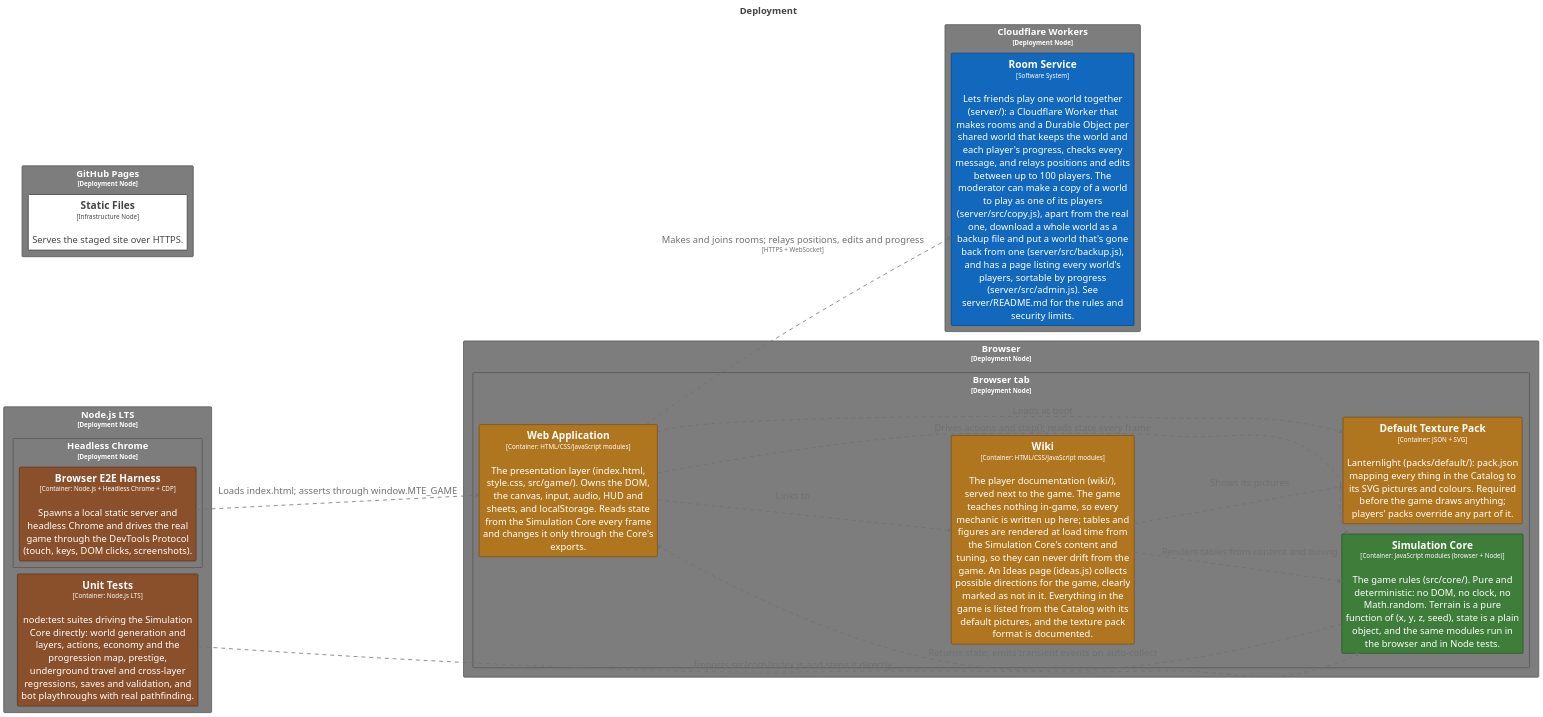
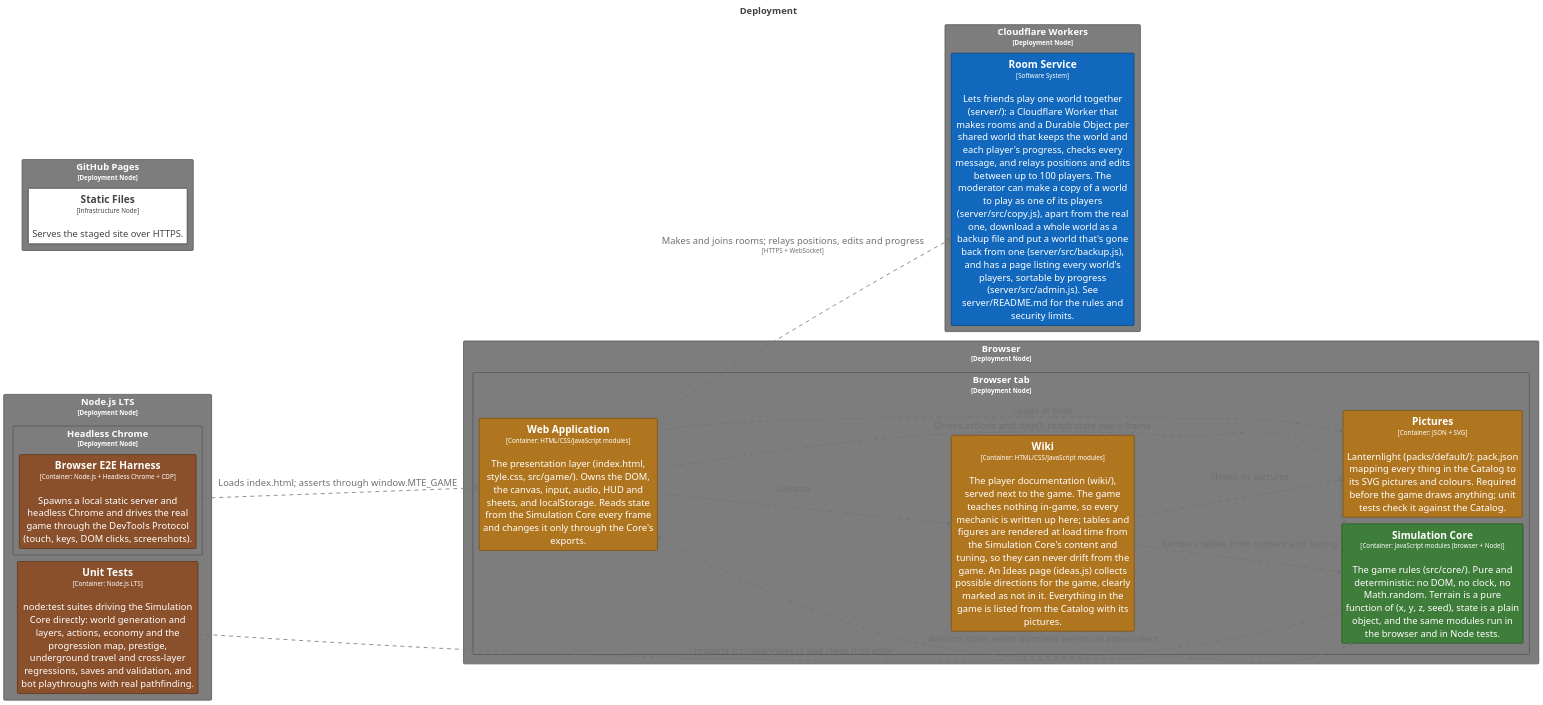
Before and after one commit to bitkojine/more-than-enough: the diagram in structurizr/diagrams/Deployment.puml, drawn with PlantUML. The commit also changed 46 other files, not shown here.

First line of the commit message:
Remove custom texture packs; the game keeps its one look (v0.164.0)

```diff
--- a/structurizr/diagrams/Deployment.puml
+++ b/structurizr/diagrams/Deployment.puml
@@ -2,133 +2,133 @@
 @startuml
 title <size:24>Deployment</size>
 
 set separator none
 left to right direction
 skinparam ranksep 20
 skinparam nodesep 5
 hide stereotype
 
 <style>
   root {
     BackgroundColor: #ffffff;
     FontColor: #444444;
   }
   // Element
   .Element-RWxlbWVudA== {
     BackgroundColor: #ffffff;
     LineColor: #444444;
     LineStyle: 0;
     LineThickness: 2;
     FontColor: #444444;
     FontSize: 24;
     HorizontalAlignment: center;
     Shadowing: 0;
     MaximumWidth: 450;
   }
   // Element,Container,Core Engine
   .Element-RWxlbWVudCxDb250YWluZXIsQ29yZSBFbmdpbmU= {
     BackgroundColor: #3f7d3a;
     LineColor: #2c5728;
     LineStyle: 0;
     LineThickness: 2;
     FontColor: #ffffff;
     FontSize: 24;
     HorizontalAlignment: center;
     Shadowing: 0;
     MaximumWidth: 450;
   }
   // Element,Container,Presentation
   .Element-RWxlbWVudCxDb250YWluZXIsUHJlc2VudGF0aW9u {
     BackgroundColor: #b0761f;
     LineColor: #7b5215;
     LineStyle: 0;
     LineThickness: 2;
     FontColor: #ffffff;
     FontSize: 24;
     HorizontalAlignment: center;
     Shadowing: 0;
     MaximumWidth: 450;
   }
   // Element,Container,Tooling,Test
   .Element-RWxlbWVudCxDb250YWluZXIsVG9vbGluZyxUZXN0 {
     BackgroundColor: #8a4f2b;
     LineColor: #60371e;
     LineStyle: 0;
     LineThickness: 2;
     FontColor: #ffffff;
     FontSize: 24;
     HorizontalAlignment: center;
     Shadowing: 0;
     MaximumWidth: 450;
   }
   // Element,Software System
   .Element-RWxlbWVudCxTb2Z0d2FyZSBTeXN0ZW0= {
     BackgroundColor: #1168bd;
     LineColor: #0b4884;
     LineStyle: 0;
     LineThickness: 2;
     FontColor: #ffffff;
     FontSize: 24;
     HorizontalAlignment: center;
     Shadowing: 0;
     MaximumWidth: 450;
   }
   // Relationship
   .Relationship-UmVsYXRpb25zaGlw {
     LineThickness: 2;
     LineStyle: 10-10;
     LineColor: #707070;
     FontColor: #707070;
     FontSize: 24;
     MaximumWidth: 200;
   }
   // Element,Deployment Node
   .DeploymentNode-RWxlbWVudCxEZXBsb3ltZW50IE5vZGU= {
     BackgroundColor: #7d7d7d;
     LineColor: #575757;
     LineStyle: 0;
     LineThickness: 2;
     FontColor: #ffffff;
     FontSize: 24;
     HorizontalAlignment: center;
     Shadowing: 0;
   }
 </style>
 
 rectangle "Browser\n<size:16>[Deployment Node]</size>" <<DeploymentNode-RWxlbWVudCxEZXBsb3ltZW50IE5vZGU=>> as Production.Browser {
   rectangle "Browser tab\n<size:16>[Deployment Node]</size>" <<DeploymentNode-RWxlbWVudCxEZXBsb3ltZW50IE5vZGU=>> as Production.Browser.Browsertab {
     rectangle "==Web Application\n<size:16>[Container: HTML/CSS/JavaScript modules]</size>\n\nThe presentation layer (index.html, style.css, src/game/). Owns the DOM, the canvas, input, audio, HUD and sheets, and localStorage. Reads state from the Simulation Core every frame and changes it only through the Core's exports." <<Element-RWxlbWVudCxDb250YWluZXIsUHJlc2VudGF0aW9u>> as Production.Browser.Browsertab.WebApplication_1
-    rectangle "==Wiki\n<size:16>[Container: HTML/CSS/JavaScript modules]</size>\n\nThe player documentation (wiki/), served next to the game. The game teaches nothing in-game, so every mechanic is written up here; tables and figures are rendered at load time from the Simulation Core's content and tuning, so they can never drift from the game. An Ideas page (ideas.js) collects possible directions for the game, clearly marked as not in it. Everything in the game is listed from the Catalog with its default pictures, and the texture pack format is documented." <<Element-RWxlbWVudCxDb250YWluZXIsUHJlc2VudGF0aW9u>> as Production.Browser.Browsertab.Wiki_1
-    rectangle "==Default Texture Pack\n<size:16>[Container: JSON + SVG]</size>\n\nLanternlight (packs/default/): pack.json mapping every thing in the Catalog to its SVG pictures and colours. Required before the game draws anything; players' packs override any part of it." <<Element-RWxlbWVudCxDb250YWluZXIsUHJlc2VudGF0aW9u>> as Production.Browser.Browsertab.DefaultTexturePack_1
+    rectangle "==Wiki\n<size:16>[Container: HTML/CSS/JavaScript modules]</size>\n\nThe player documentation (wiki/), served next to the game. The game teaches nothing in-game, so every mechanic is written up here; tables and figures are rendered at load time from the Simulation Core's content and tuning, so they can never drift from the game. An Ideas page (ideas.js) collects possible directions for the game, clearly marked as not in it. Everything in the game is listed from the Catalog with its pictures." <<Element-RWxlbWVudCxDb250YWluZXIsUHJlc2VudGF0aW9u>> as Production.Browser.Browsertab.Wiki_1
+    rectangle "==Pictures\n<size:16>[Container: JSON + SVG]</size>\n\nLanternlight (packs/default/): pack.json mapping every thing in the Catalog to its SVG pictures and colours. Required before the game draws anything; unit tests check it against the Catalog." <<Element-RWxlbWVudCxDb250YWluZXIsUHJlc2VudGF0aW9u>> as Production.Browser.Browsertab.Pictures_1
     rectangle "==Simulation Core\n<size:16>[Container: JavaScript modules (browser + Node)]</size>\n\nThe game rules (src/core/). Pure and deterministic: no DOM, no clock, no Math.random. Terrain is a pure function of (x, y, z, seed), state is a plain object, and the same modules run in the browser and in Node tests." <<Element-RWxlbWVudCxDb250YWluZXIsQ29yZSBFbmdpbmU=>> as Production.Browser.Browsertab.SimulationCore_1
   }
 
 }
 
 rectangle "GitHub Pages\n<size:16>[Deployment Node]</size>" <<DeploymentNode-RWxlbWVudCxEZXBsb3ltZW50IE5vZGU=>> as Production.GitHubPages {
   rectangle "==Static Files\n<size:16>[Infrastructure Node]</size>\n\nServes the staged site over HTTPS." <<Element-RWxlbWVudA==>> as Production.GitHubPages.StaticFiles
 }
 
 rectangle "Cloudflare Workers\n<size:16>[Deployment Node]</size>" <<DeploymentNode-RWxlbWVudCxEZXBsb3ltZW50IE5vZGU=>> as Production.CloudflareWorkers {
   rectangle "==Room Service\n<size:16>[Software System]</size>\n\nLets friends play one world together (server/): a Cloudflare Worker that makes rooms and a Durable Object per shared world that keeps the world and each player's progress, checks every message, and relays positions and edits between up to 100 players. The moderator can make a copy of a world to play as one of its players (server/src/copy.js), apart from the real one, download a whole world as a backup file and put a world that's gone back from one (server/src/backup.js), and has a page listing every world's players, sortable by progress (server/src/admin.js). See server/README.md for the rules and security limits." <<Element-RWxlbWVudCxTb2Z0d2FyZSBTeXN0ZW0=>> as Production.CloudflareWorkers.RoomService_1
 }
 
 rectangle "Node.js LTS\n<size:16>[Deployment Node]</size>" <<DeploymentNode-RWxlbWVudCxEZXBsb3ltZW50IE5vZGU=>> as Production.NodejsLTS {
   rectangle "==Unit Tests\n<size:16>[Container: Node.js LTS]</size>\n\nnode:test suites driving the Simulation Core directly: world generation and layers, actions, economy and the progression map, prestige, underground travel and cross-layer regressions, saves and validation, and bot playthroughs with real pathfinding." <<Element-RWxlbWVudCxDb250YWluZXIsVG9vbGluZyxUZXN0>> as Production.NodejsLTS.UnitTests_1
   rectangle "Headless Chrome\n<size:16>[Deployment Node]</size>" <<DeploymentNode-RWxlbWVudCxEZXBsb3ltZW50IE5vZGU=>> as Production.NodejsLTS.HeadlessChrome {
     rectangle "==Browser E2E Harness\n<size:16>[Container: Node.js + Headless Chrome + CDP]</size>\n\nSpawns a local static server and headless Chrome and drives the real game through the DevTools Protocol (touch, keys, DOM clicks, screenshots)." <<Element-RWxlbWVudCxDb250YWluZXIsVG9vbGluZyxUZXN0>> as Production.NodejsLTS.HeadlessChrome.BrowserE2EHarness_1
   }
 
 }
 
 Production.Browser.Browsertab.WebApplication_1 --> Production.Browser.Browsertab.Wiki_1 <<Relationship-UmVsYXRpb25zaGlw>> : "Links to"
-Production.Browser.Browsertab.WebApplication_1 --> Production.Browser.Browsertab.DefaultTexturePack_1 <<Relationship-UmVsYXRpb25zaGlw>> : "Loads at boot"
-Production.Browser.Browsertab.Wiki_1 --> Production.Browser.Browsertab.DefaultTexturePack_1 <<Relationship-UmVsYXRpb25zaGlw>> : "Shows its pictures"
+Production.Browser.Browsertab.WebApplication_1 --> Production.Browser.Browsertab.Pictures_1 <<Relationship-UmVsYXRpb25zaGlw>> : "Loads at boot"
+Production.Browser.Browsertab.Wiki_1 --> Production.Browser.Browsertab.Pictures_1 <<Relationship-UmVsYXRpb25zaGlw>> : "Shows its pictures"
 Production.Browser.Browsertab.SimulationCore_1 --> Production.Browser.Browsertab.WebApplication_1 <<Relationship-UmVsYXRpb25zaGlw>> : "Returns state; emits transient events on auto-collect"
 Production.Browser.Browsertab.WebApplication_1 --> Production.Browser.Browsertab.SimulationCore_1 <<Relationship-UmVsYXRpb25zaGlw>> : "Drives actions and step(); reads state every frame"
 Production.Browser.Browsertab.Wiki_1 --> Production.Browser.Browsertab.SimulationCore_1 <<Relationship-UmVsYXRpb25zaGlw>> : "Renders tables from content and tuning"
 Production.Browser.Browsertab.WebApplication_1 --> Production.CloudflareWorkers.RoomService_1 <<Relationship-UmVsYXRpb25zaGlw>> : "Makes and joins rooms; relays positions, edits and progress\n<size:16>[HTTPS + WebSocket]</size>"
 Production.NodejsLTS.UnitTests_1 --> Production.Browser.Browsertab.SimulationCore_1 <<Relationship-UmVsYXRpb25zaGlw>> : "Imports src/core/index.js and steps it directly"
 Production.NodejsLTS.HeadlessChrome.BrowserE2EHarness_1 --> Production.Browser.Browsertab.WebApplication_1 <<Relationship-UmVsYXRpb25zaGlw>> : "Loads index.html; asserts through window.MTE_GAME"
 
 @enduml
```
